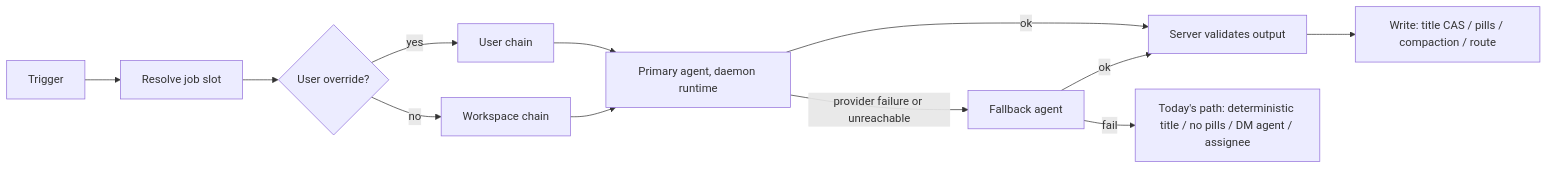
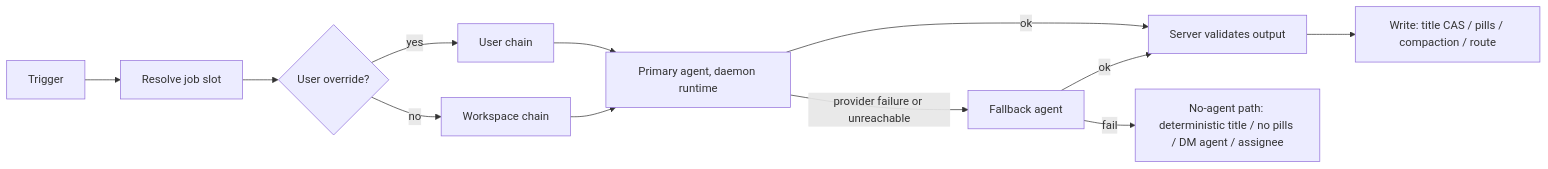
The first of 2 diagrams in docs/designs/background-agents.md (cheese-work/multica), drawn with Mermaid before and after one commit. The commit also changed other lines of this file, not shown here.

Commit message:
docs(design): drop direct LLM path from background agents spec (CHE-3703)

````diff
--- a/docs/designs/background-agents.md
+++ b/docs/designs/background-agents.md
@@ -35,14 +35,14 @@
 ```mermaid
 flowchart LR
   E[Trigger] --> R[Resolve job slot]
   R --> U{User override?}
   U -- yes --> C[User chain]
   U -- no --> W[Workspace chain]
   C --> P[Primary agent, daemon runtime]
   W --> P
   P -- provider failure or unreachable --> F[Fallback agent]
   P -- ok --> V[Server validates output]
   F -- ok --> V
-  F -- fail --> D[Today's path: deterministic title / no pills / DM agent / assignee]
+  F -- fail --> D[No-agent path: deterministic title / no pills / DM agent / assignee]
   V --> O[Write: title CAS / pills / compaction / route]
 ```
````
